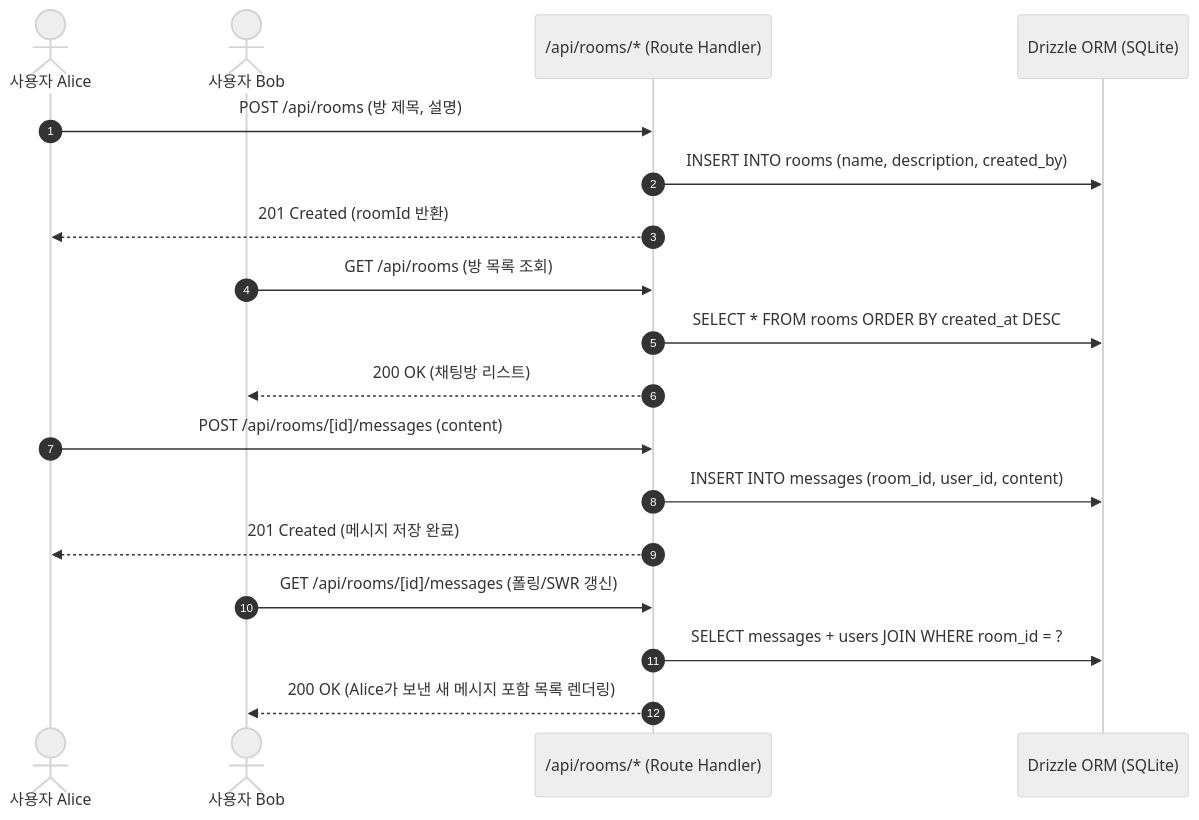
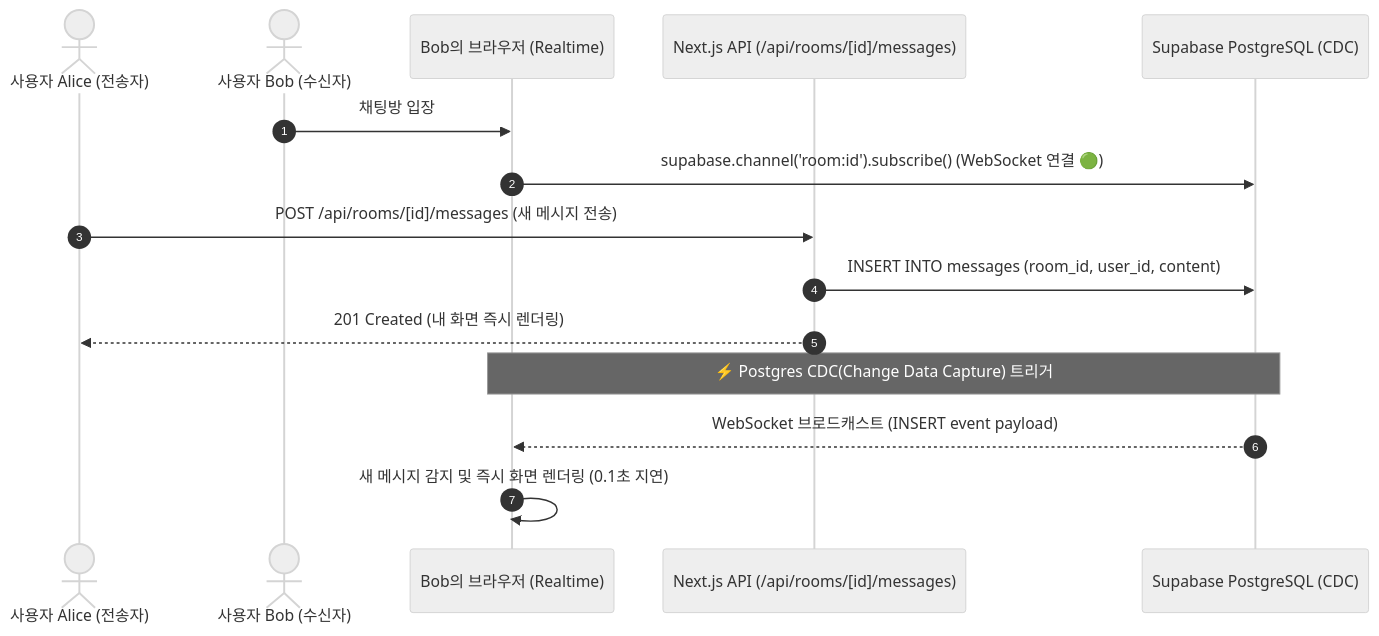
Before and after one commit to kbs31175-lab/yk: the second of 2 diagrams in docs/CONTEXT.md, drawn with Mermaid (neutral theme). The commit also changed other lines of this file and 19 other files, not shown here.

Commit message:
feat: Supabase(PostgreSQL & Realtime WebSocket) 연동 및 하이브리드 Data Service 구축

````diff
--- a/docs/CONTEXT.md
+++ b/docs/CONTEXT.md
@@ -46,24 +50,20 @@
 ```mermaid
 sequenceDiagram
     autonumber
-    actor Alice as 사용자 Alice
-    actor Bob as 사용자 Bob
-    participant API as /api/rooms/* (Route Handler)
-    participant DB as Drizzle ORM (SQLite)
+    actor Alice as 사용자 Alice (전송자)
+    actor Bob as 사용자 Bob (수신자)
+    participant ClientBob as Bob의 브라우저 (Realtime)
+    participant API as Next.js API (/api/rooms/[id]/messages)
+    participant Supabase as Supabase PostgreSQL (CDC)
 
-    Alice->>API: POST /api/rooms (방 제목, 설명)
-    API->>DB: INSERT INTO rooms (name, description, created_by)
-    API-->>Alice: 201 Created (roomId 반환)
+    Bob->>ClientBob: 채팅방 입장
+    ClientBob->>Supabase: supabase.channel('room:id').subscribe() (WebSocket 연결 🟢)
 
-    Bob->>API: GET /api/rooms (방 목록 조회)
-    API->>DB: SELECT * FROM rooms ORDER BY created_at DESC
-    API-->>Bob: 200 OK (채팅방 리스트)
+    Alice->>API: POST /api/rooms/[id]/messages (새 메시지 전송)
+    API->>Supabase: INSERT INTO messages (room_id, user_id, content)
+    API-->>Alice: 201 Created (내 화면 즉시 렌더링)
 
-    Alice->>API: POST /api/rooms/[id]/messages (content)
-    API->>DB: INSERT INTO messages (room_id, user_id, content)
-    API-->>Alice: 201 Created (메시지 저장 완료)
-
-    Bob->>API: GET /api/rooms/[id]/messages (폴링/SWR 갱신)
-    API->>DB: SELECT messages + users JOIN WHERE room_id = ?
-    API-->>Bob: 200 OK (Alice가 보낸 새 메시지 포함 목록 렌더링)
+    Note over Supabase, ClientBob: ⚡ Postgres CDC(Change Data Capture) 트리거
+    Supabase-->>ClientBob: WebSocket 브로드캐스트 (INSERT event payload)
+    ClientBob->>ClientBob: 새 메시지 감지 및 즉시 화면 렌더링 (0.1초 지연)
 ```
````
